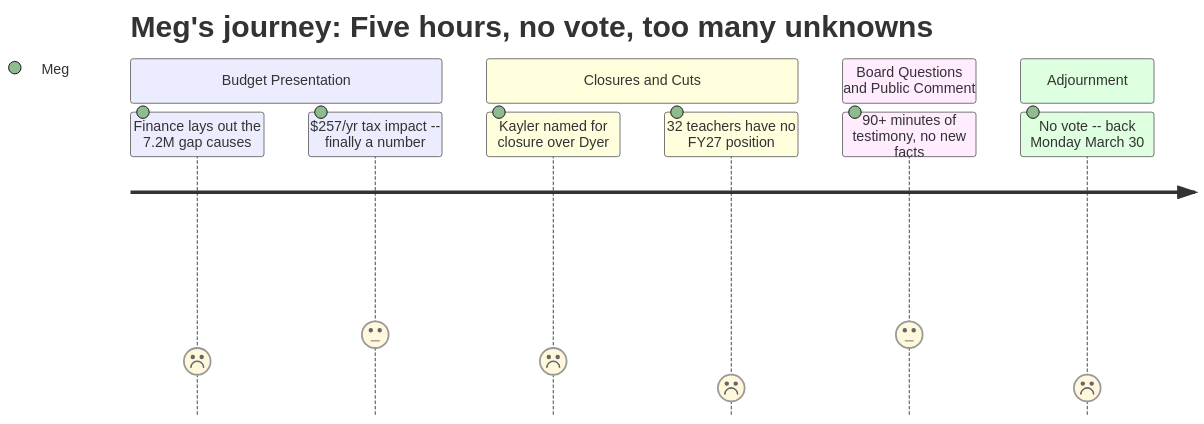
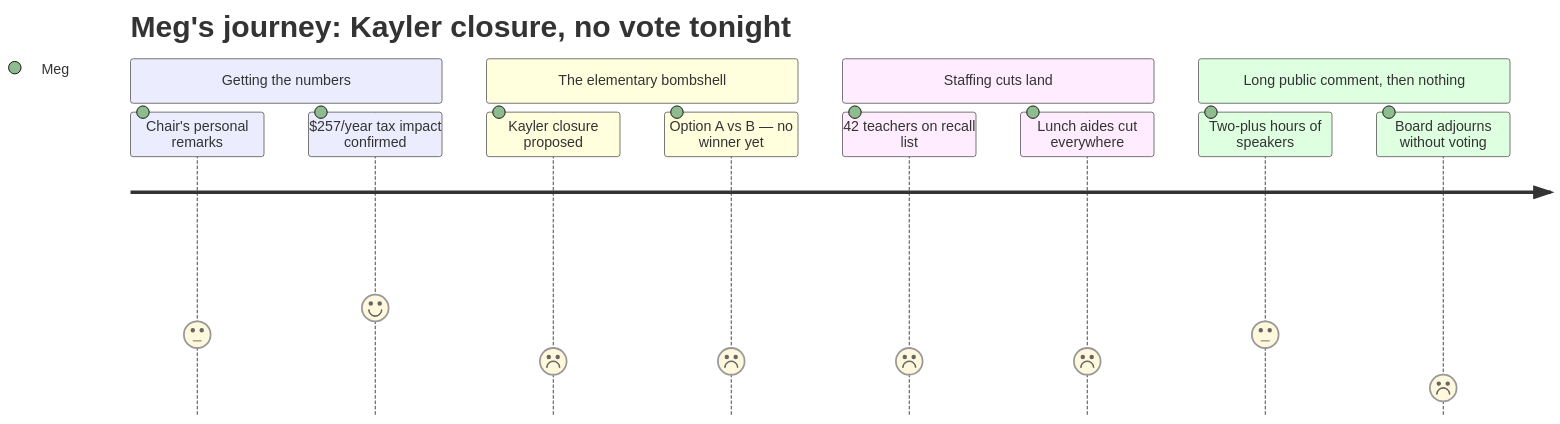
One commit to cristoslc/2026-south-portland-school-budget changed the diagram in data/interpretation/meetings/2026-03-23-school-board/PERSONA-011.md. Above: the diagram before and after it, drawn with Mermaid. The commit also changed other lines of this file and 64 other files, not shown here.

````diff
--- a/data/interpretation/meetings/2026-03-23-school-board/PERSONA-011.md
+++ b/data/interpretation/meetings/2026-03-23-school-board/PERSONA-011.md
@@ -77,14 +77,16 @@
 ```mermaid
 journey
-    title Meg's journey: Five hours, no vote, too many unknowns
-    section Budget Presentation
-        Finance lays out the 7.2M gap causes: 2: Meg
-        $257/yr tax impact -- finally a number: 3: Meg
-    section Closures and Cuts
-        Kayler named for closure over Dyer: 2: Meg
-        32 teachers have no FY27 position: 1: Meg
-    section Board Questions and Public Comment
-        90+ minutes of testimony, no new facts: 3: Meg
-    section Adjournment
-        No vote -- back Monday March 30: 1: Meg
+    title Meg's journey: Kayler closure, no vote tonight
+    section Getting the numbers
+        Chair's personal remarks: 3: Meg
+        $257/year tax impact confirmed: 4: Meg
+    section The elementary bombshell
+        Kayler closure proposed: 2: Meg
+        Option A vs B — no winner yet: 2: Meg
+    section Staffing cuts land
+        42 teachers on recall list: 2: Meg
+        Lunch aides cut everywhere: 2: Meg
+    section Long public comment, then nothing
+        Two-plus hours of speakers: 3: Meg
+        Board adjourns without voting: 1: Meg
 ```
````
